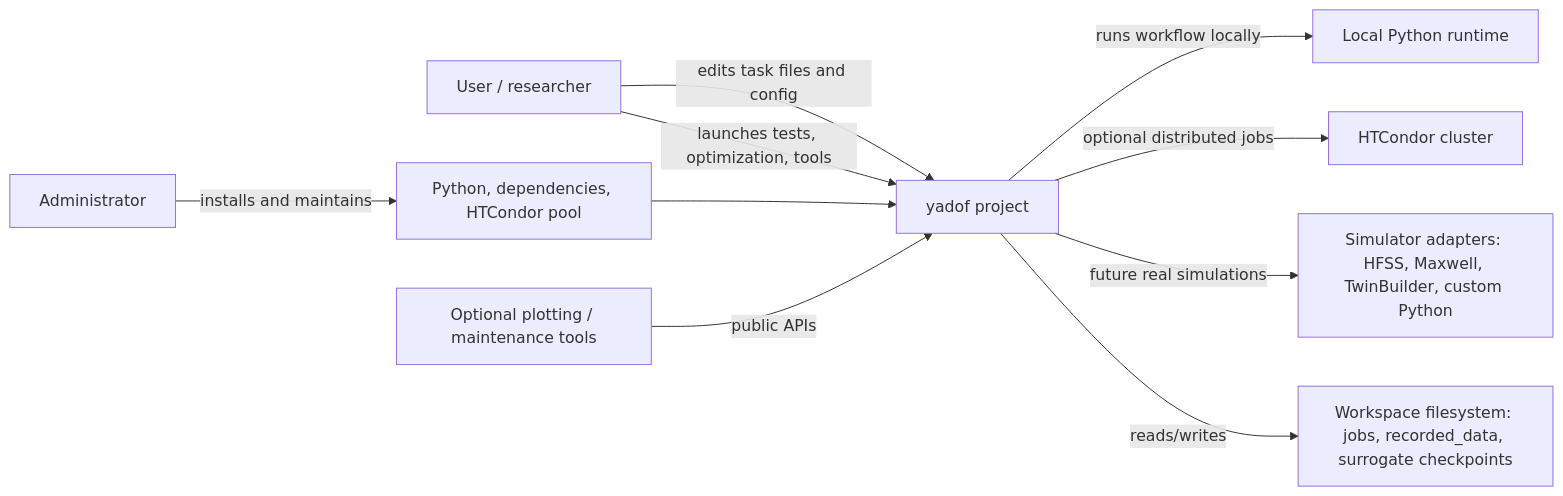
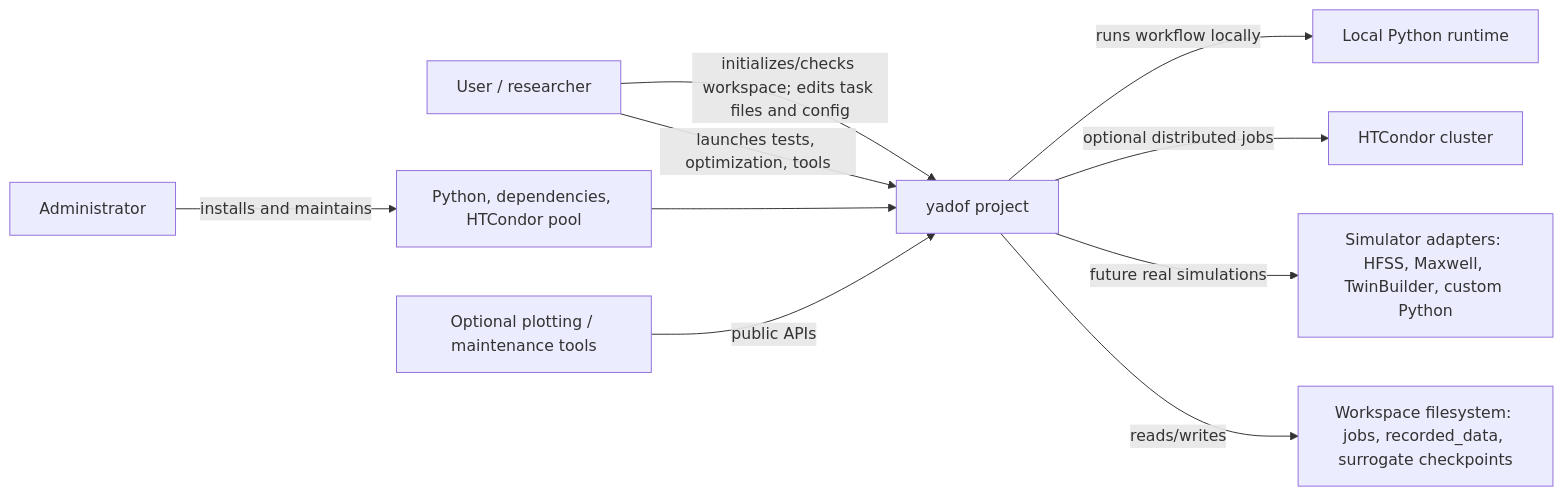
Before and after one commit to YS-Pan/yadof: the diagram in dev_doc/architecture/c4_context.md, drawn with Mermaid. The commit also changed other lines of this file and 55 other files, not shown here.

````diff
--- a/dev_doc/architecture/c4_context.md
+++ b/dev_doc/architecture/c4_context.md
@@ -13,12 +15,12 @@
 ```mermaid
 flowchart LR
-    User["User / researcher"] -->|edits task files and config| Yadof["yadof project"]
+    User["User / researcher"] -->|initializes/checks workspace; edits task files and config| Yadof["yadof project"]
     User -->|launches tests, optimization, tools| Yadof
     Administrator["Administrator"] -->|installs and maintains| Environment["Python, dependencies, HTCondor pool"]
     Environment --> Yadof
     Yadof -->|runs workflow locally| Python["Local Python runtime"]
     Yadof -->|optional distributed jobs| HTCondor["HTCondor cluster"]
     Yadof -->|future real simulations| Simulator["Simulator adapters: HFSS, Maxwell, TwinBuilder, custom Python"]
     Yadof -->|reads/writes| FS["Workspace filesystem: jobs, recorded_data, surrogate checkpoints"]
     Tools["Optional plotting / maintenance tools"] -->|public APIs| Yadof
 ```
````
